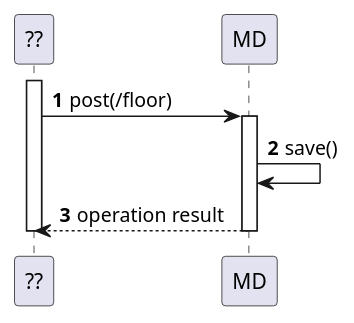
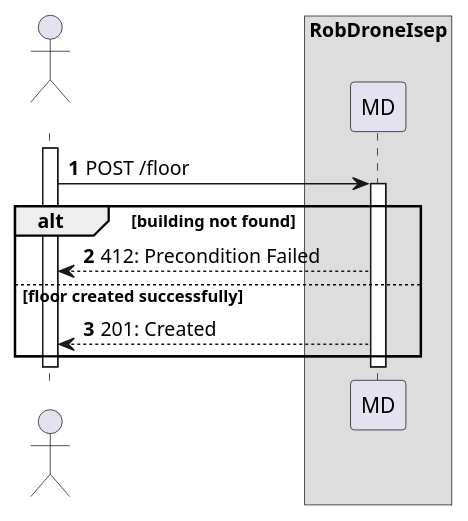
Before and after one commit to Departamento-de-Engenharia-Informatica/lapr5-23-24-g19: the diagram in docs/us190/level2/process-view.puml, drawn with PlantUML. The commit also changed 3 other files, not shown here.

```diff
--- a/docs/us190/level2/process-view.puml
+++ b/docs/us190/level2/process-view.puml
@@ -1,17 +1,22 @@
 @startuml
 autonumber
 
-participant "??" as ui
+actor " " as actor
+box "RobDroneIsep"
 participant "MD" as mdr
 
-activate ui
+activate actor
 
-ui -> mdr: post(/floor)
-activate mdr
-    mdr -> mdr: save()
-    mdr --> ui: operation result
-deactivate mdr
+    actor -> mdr: POST /floor
 
-deactivate ui
+    activate mdr
+    alt building not found
+        mdr --> actor : 412: Precondition Failed
+    else floor created successfully
+        mdr --> actor : 201: Created
+    end
+    deactivate mdr
+
+deactivate actor
 
 @enduml
```
